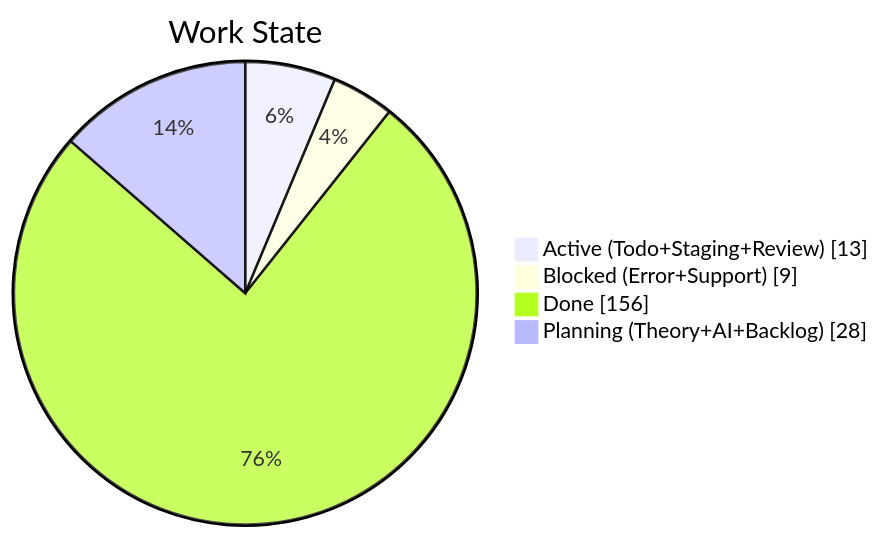
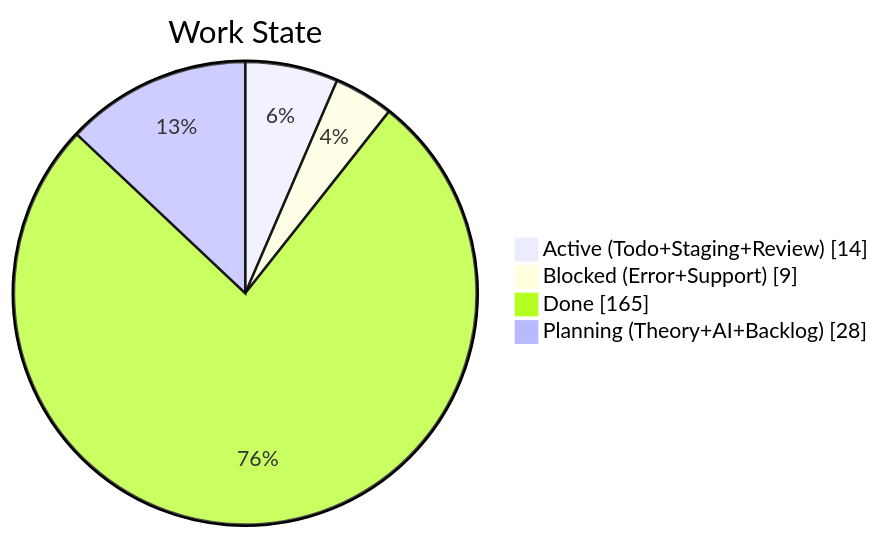
Before and after one commit to KBVE/kbve: the second of 4 diagrams in apps/kbve/astro-kbve/src/content/docs/dashboard/kanban-data.mdx, drawn with Mermaid. The commit also changed other lines of this file and 8 other files, not shown here.

````diff
--- a/apps/kbve/astro-kbve/src/content/docs/dashboard/kanban-data.mdx
+++ b/apps/kbve/astro-kbve/src/content/docs/dashboard/kanban-data.mdx
@@ -67,8 +68,8 @@
 ```mermaid
 pie showData
     title Work State
-    "Active (Todo+Staging+Review)" : 13
+    "Active (Todo+Staging+Review)" : 14
     "Blocked (Error+Support)" : 9
-    "Done" : 156
+    "Done" : 165
     "Planning (Theory+AI+Backlog)" : 28
 ```
````
